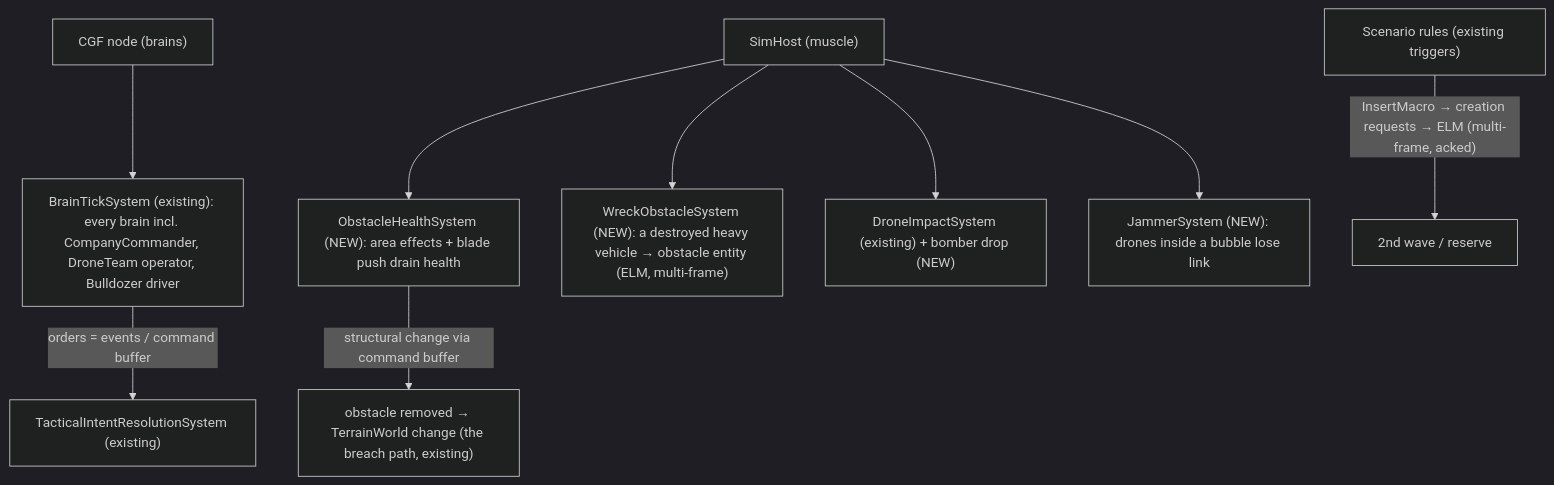
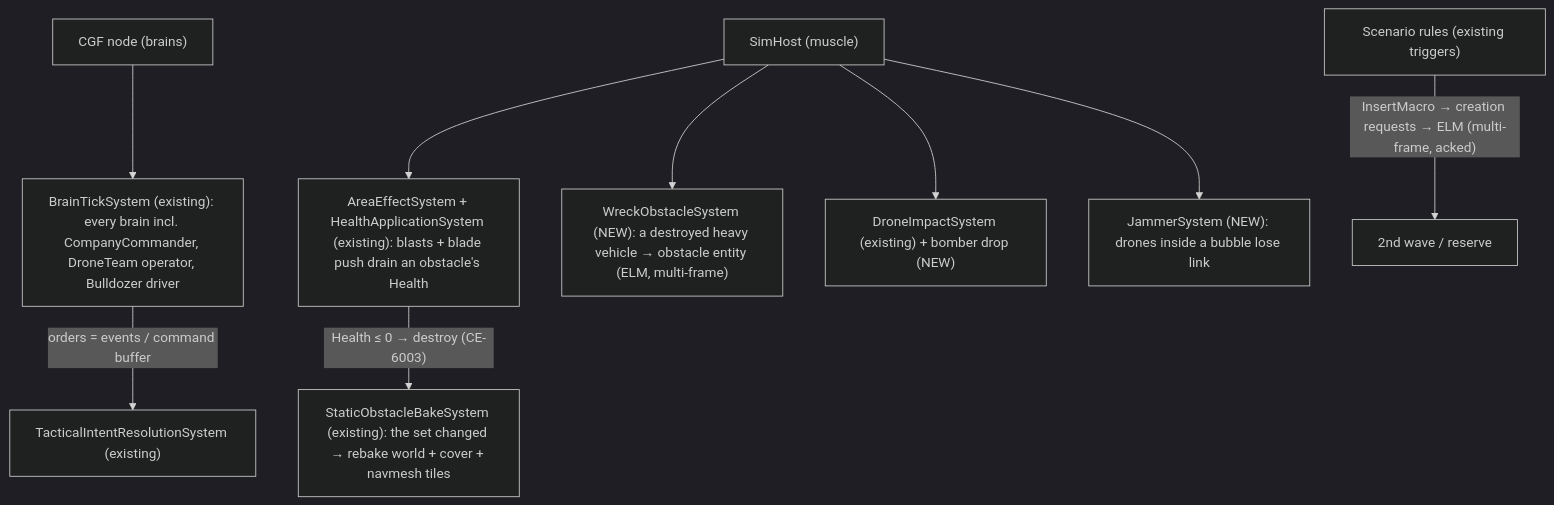
One commit to pjanec/HROT changed the sixth of 6 diagrams in docs/designs/group-maneuvers/DESIGN_City_Battle_Showcase.md. Above: the diagram before and after it, drawn with Mermaid (dark theme). The commit also changed other lines of this file and 3 other files, not shown here.

First line of the commit message:
showcase: world-lane handoff + every work item a tracker row (Area S, CE-6000…/CE-7000…)

````diff
--- a/docs/designs/group-maneuvers/DESIGN_City_Battle_Showcase.md
+++ b/docs/designs/group-maneuvers/DESIGN_City_Battle_Showcase.md
@@ -297,11 +297,11 @@
 ```mermaid
 graph TD
   CGF["CGF node (brains)"] --> BT["BrainTickSystem (existing): every brain incl. CompanyCommander, DroneTeam operator, Bulldozer driver"]
   BT -->|"orders = events / command buffer"| TIR["TacticalIntentResolutionSystem (existing)"]
-  SIM["SimHost (muscle)"] --> OHS["ObstacleHealthSystem (NEW): area effects + blade push drain health"]
-  OHS -->|"structural change via command buffer"| REM["obstacle removed → TerrainWorld change (the breach path, existing)"]
+  SIM["SimHost (muscle)"] --> OHS["AreaEffectSystem + HealthApplicationSystem (existing): blasts + blade push drain an obstacle's Health"]
+  OHS -->|"Health ≤ 0 → destroy (CE-6003)"| REM["StaticObstacleBakeSystem (existing): the set changed → rebake world + cover + navmesh tiles"]
   SIM --> WRK["WreckObstacleSystem (NEW): a destroyed heavy vehicle → obstacle entity (ELM, multi-frame)"]
   SIM --> DRN["DroneImpactSystem (existing) + bomber drop (NEW)"]
   SIM --> JAM["JammerSystem (NEW): drones inside a bubble lose link"]
   SCN["Scenario rules (existing triggers)"] -->|"InsertMacro → creation requests → ELM (multi-frame, acked)"| WAVE["2nd wave / reserve"]
 ```
````
